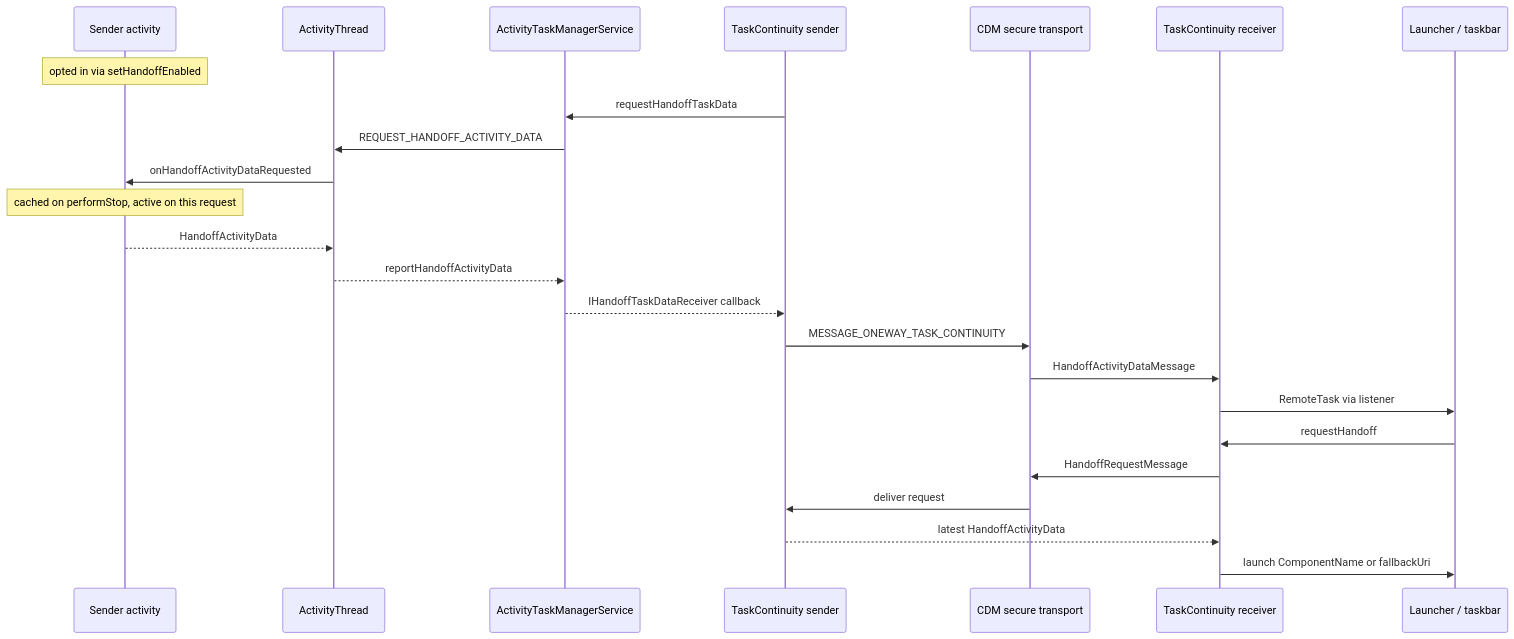
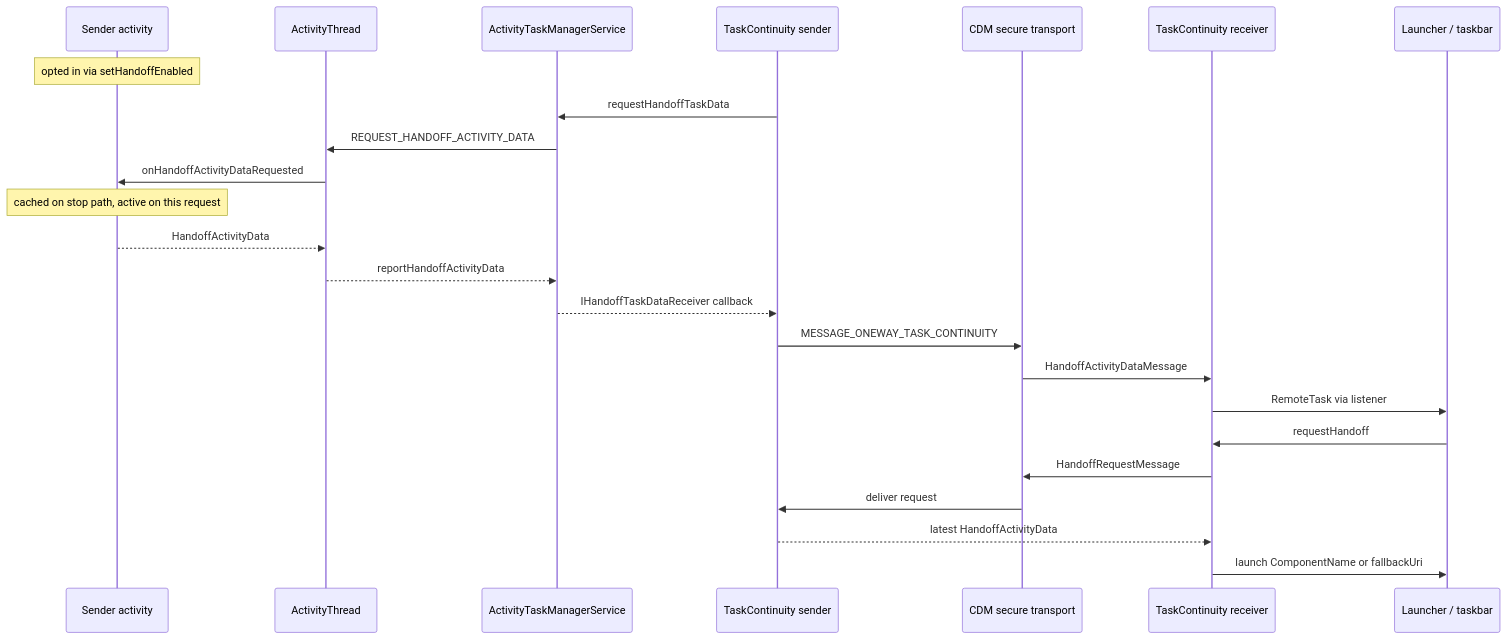
One commit to aospbooks/aosp-internal-book changed the ninth of 19 diagrams in agents/claude/skills/aosp-ai-and-devices/52-companion-virtual-device.md. Above: the diagram before and after it, drawn with Mermaid. The commit also changed other lines of this file and 218 other files, not shown here.

````diff
--- a/agents/claude/skills/aosp-ai-and-devices/52-companion-virtual-device.md
+++ b/agents/claude/skills/aosp-ai-and-devices/52-companion-virtual-device.md
@@ -1282,27 +1298,27 @@
 ```mermaid
 sequenceDiagram
     participant APP as Sender activity
     participant AT as ActivityThread
     participant ATMS as ActivityTaskManagerService
     participant SND as TaskContinuity sender
     participant CDM as CDM secure transport
     participant RCV as TaskContinuity receiver
     participant UI as Launcher / taskbar
 
     Note over APP: opted in via setHandoffEnabled
     SND->>ATMS: requestHandoffTaskData
     ATMS->>AT: REQUEST_HANDOFF_ACTIVITY_DATA
     AT->>APP: onHandoffActivityDataRequested
-    Note over APP: cached on performStop, active on this request
+    Note over APP: cached on stop path, active on this request
     APP-->>AT: HandoffActivityData
     AT-->>ATMS: reportHandoffActivityData
     ATMS-->>SND: IHandoffTaskDataReceiver callback
     SND->>CDM: MESSAGE_ONEWAY_TASK_CONTINUITY
     CDM->>RCV: HandoffActivityDataMessage
     RCV->>UI: RemoteTask via listener
     UI->>RCV: requestHandoff
     RCV->>CDM: HandoffRequestMessage
     CDM->>SND: deliver request
     SND-->>RCV: latest HandoffActivityData
     RCV->>UI: launch ComponentName or fallbackUri
 ```
````
